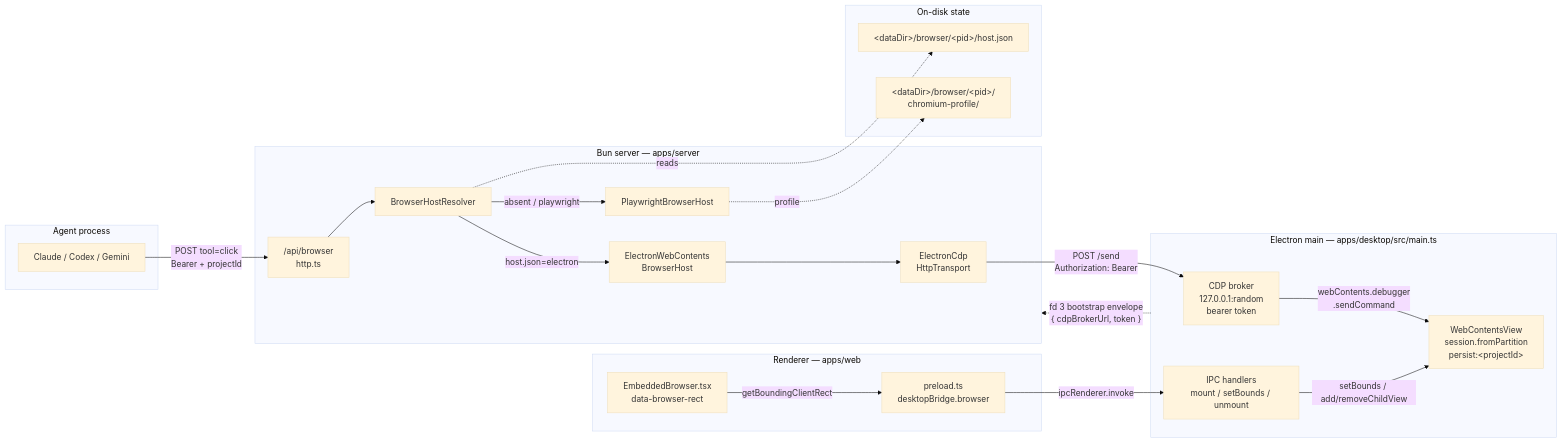
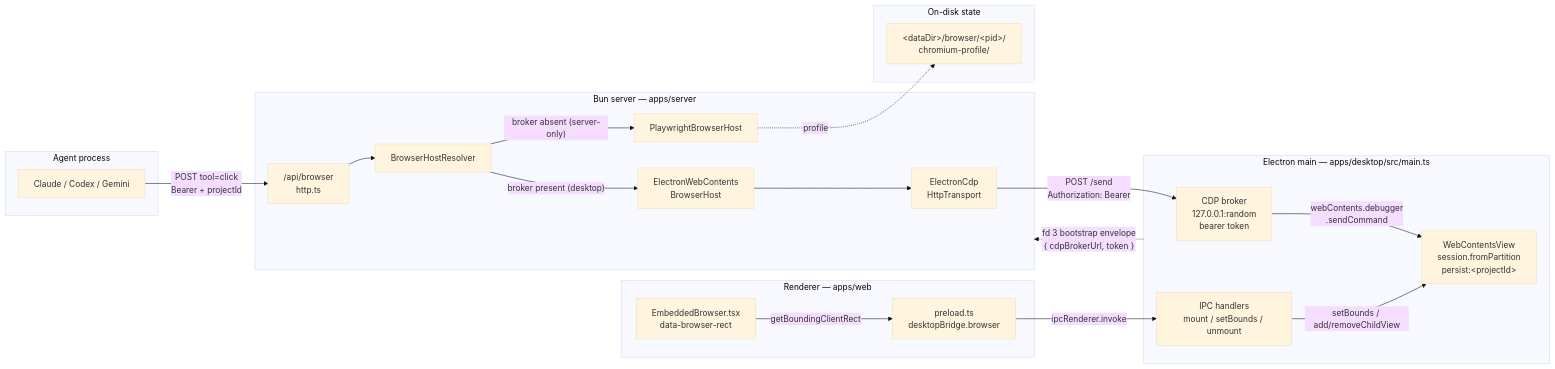
One commit to csmartinsfct/t3code changed the first of 5 diagrams in docs/browser-tools.md. Above: the diagram before and after it, drawn with Mermaid (base theme). The commit also changed other lines of this file and 6 other files, not shown here.

````diff
--- a/docs/browser-tools.md
+++ b/docs/browser-tools.md
@@ -193,40 +184,38 @@
 ```mermaid
 flowchart LR
   subgraph Agent["Agent process"]
     Claude["Claude / Codex / Gemini"]
   end
   subgraph Server["Bun server — apps/server"]
     HTTP["/api/browser<br/>http.ts"]
     Resolver["BrowserHostResolver"]
     EHost["ElectronWebContents<br/>BrowserHost"]
     PHost["PlaywrightBrowserHost"]
     Transport["ElectronCdp<br/>HttpTransport"]
   end
   subgraph Main["Electron main — apps/desktop/src/main.ts"]
     Broker["CDP broker<br/>127.0.0.1:random<br/>bearer token"]
     IPC["IPC handlers<br/>mount / setBounds / unmount"]
     View["WebContentsView<br/>session.fromPartition<br/>persist:&lt;projectId&gt;"]
   end
   subgraph Renderer["Renderer — apps/web"]
     Sentinel["EmbeddedBrowser.tsx<br/>data-browser-rect"]
     Bridge["preload.ts<br/>desktopBridge.browser"]
   end
   subgraph Profile["On-disk state"]
-    HostJson["&lt;dataDir&gt;/browser/&lt;pid&gt;/host.json"]
     PwProfile["&lt;dataDir&gt;/browser/&lt;pid&gt;/<br/>chromium-profile/"]
   end
 
   Claude -- "POST tool=click<br/>Bearer + projectId" --> HTTP
   HTTP --> Resolver
-  Resolver -. reads .-> HostJson
-  Resolver -- "host.json=electron" --> EHost
-  Resolver -- "absent / playwright" --> PHost
+  Resolver -- "broker present (desktop)" --> EHost
+  Resolver -- "broker absent (server-only)" --> PHost
   PHost -. profile .-> PwProfile
   EHost --> Transport
   Transport -- "POST /send<br/>Authorization: Bearer" --> Broker
   Broker -- "webContents.debugger<br/>.sendCommand" --> View
   Sentinel -- "getBoundingClientRect" --> Bridge
   Bridge -- "ipcRenderer.invoke" --> IPC
   IPC -- "setBounds / add/removeChildView" --> View
   Main -. "fd 3 bootstrap envelope<br/>{ cdpBrokerUrl, token }" .-> Server
 ```
````
